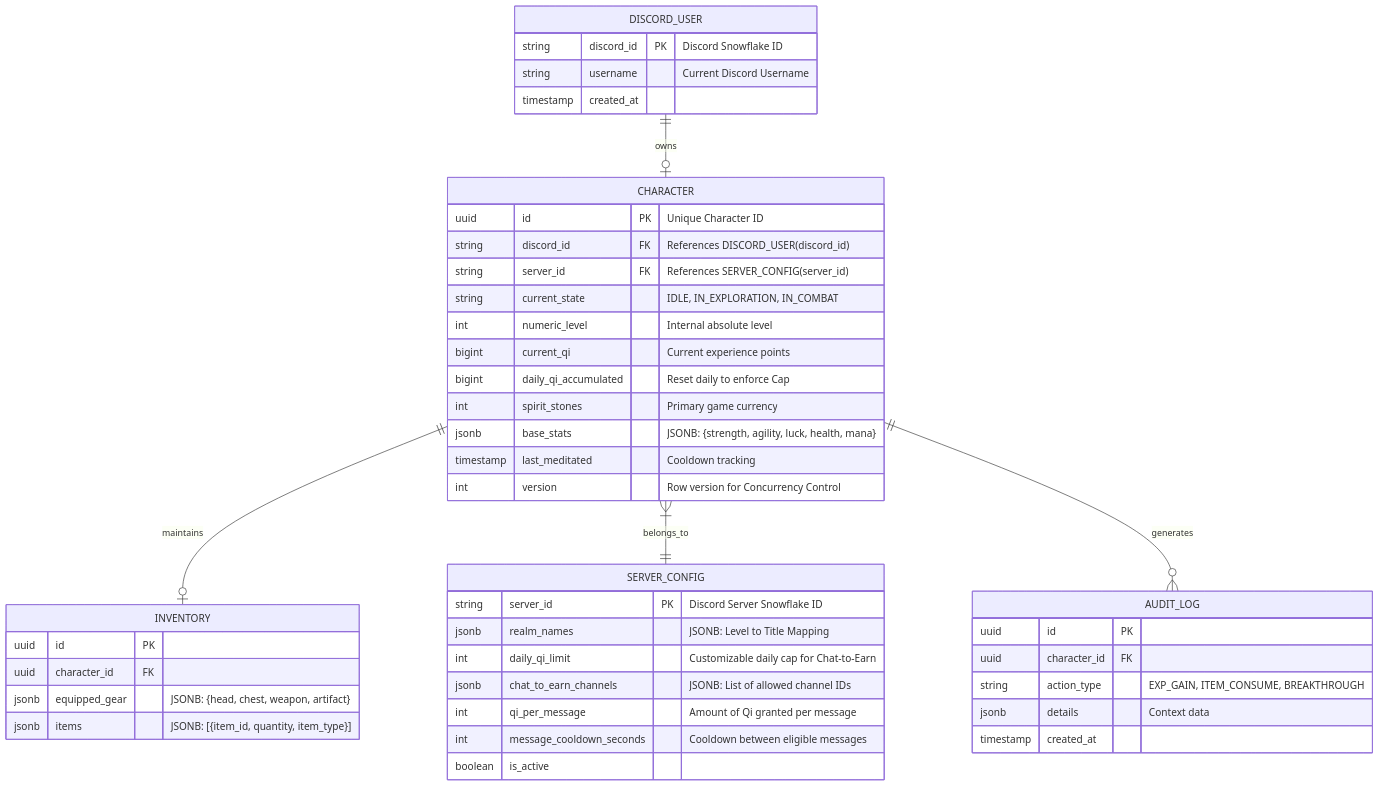
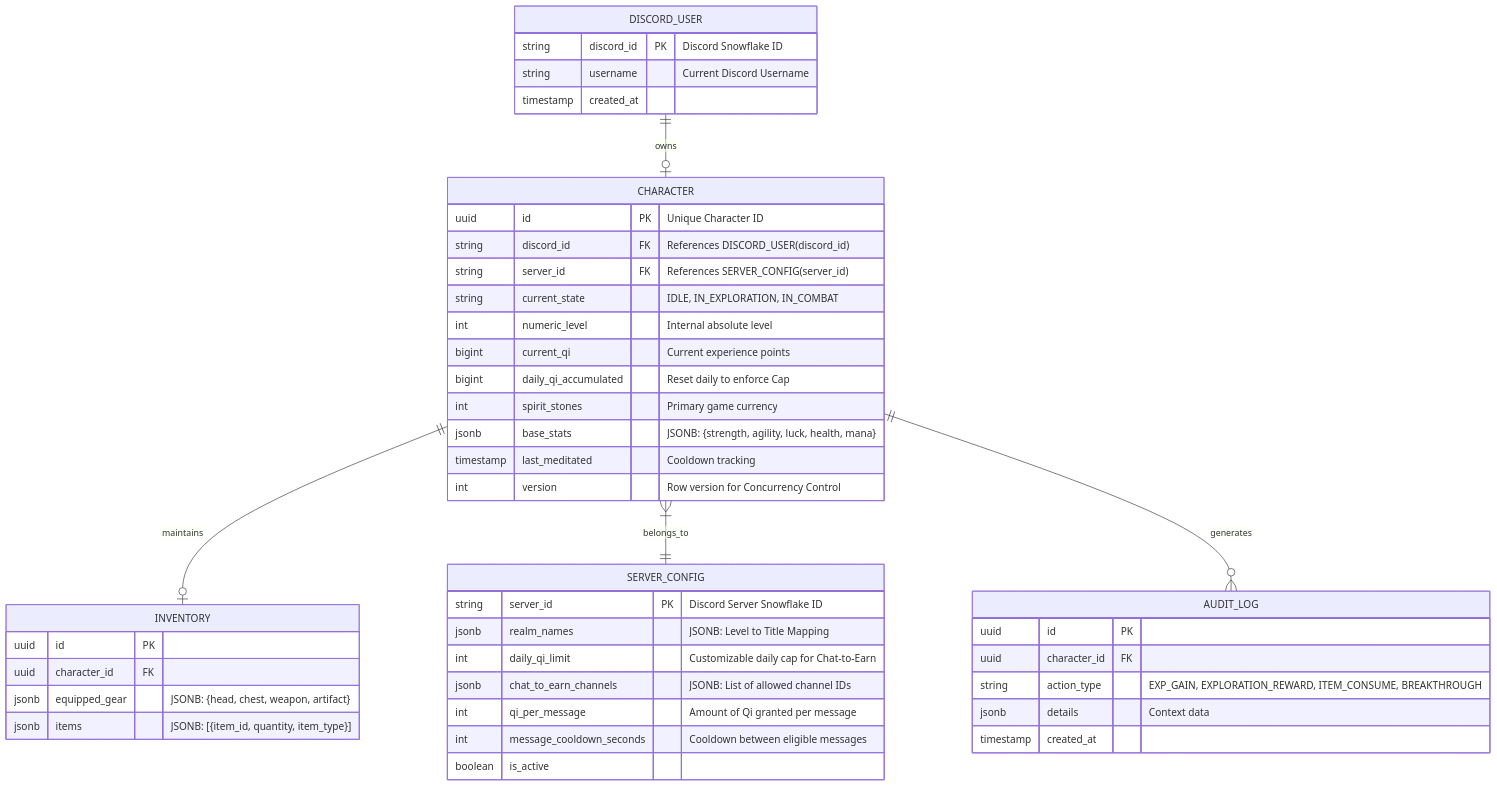
One commit to haidinhtran/thienkhu changed the diagram in docs/database_schema.md. Above: the diagram before and after it, drawn with Mermaid. The commit also changed 18 other files, not shown here.

Commit message:
feat: implement exploration system with API controllers, service logic, Discord interaction handling, and database schema definition

````diff
--- a/docs/database_schema.md
+++ b/docs/database_schema.md
@@ -7,52 +7,52 @@
 ```mermaid
 erDiagram
     DISCORD_USER ||--o| CHARACTER : owns
     CHARACTER ||--o| INVENTORY : maintains
     CHARACTER }|--|| SERVER_CONFIG : belongs_to
     CHARACTER ||--o{ AUDIT_LOG : generates
 
     DISCORD_USER {
         string discord_id PK "Discord Snowflake ID"
         string username "Current Discord Username"
         timestamp created_at
     }
 
     CHARACTER {
         uuid id PK "Unique Character ID"
         string discord_id FK "References DISCORD_USER(discord_id)"
         string server_id FK "References SERVER_CONFIG(server_id)"
         string current_state "IDLE, IN_EXPLORATION, IN_COMBAT"
         int numeric_level "Internal absolute level"
         bigint current_qi "Current experience points"
         bigint daily_qi_accumulated "Reset daily to enforce Cap"
         int spirit_stones "Primary game currency"
         jsonb base_stats "JSONB: {strength, agility, luck, health, mana}"
         timestamp last_meditated "Cooldown tracking"
         int version "Row version for Concurrency Control"
     }
 
     INVENTORY {
         uuid id PK
         uuid character_id FK
         jsonb equipped_gear "JSONB: {head, chest, weapon, artifact}"
         jsonb items "JSONB: [{item_id, quantity, item_type}]"
     }
 
     SERVER_CONFIG {
         string server_id PK "Discord Server Snowflake ID"
         jsonb realm_names "JSONB: Level to Title Mapping"
         int daily_qi_limit "Customizable daily cap for Chat-to-Earn"
         jsonb chat_to_earn_channels "JSONB: List of allowed channel IDs"
         int qi_per_message "Amount of Qi granted per message"
         int message_cooldown_seconds "Cooldown between eligible messages"
         boolean is_active
     }
 
     AUDIT_LOG {
         uuid id PK
         uuid character_id FK
-        string action_type "EXP_GAIN, ITEM_CONSUME, BREAKTHROUGH"
+        string action_type "EXP_GAIN, EXPLORATION_REWARD, ITEM_CONSUME, BREAKTHROUGH"
         jsonb details "Context data"
         timestamp created_at
     }
 ```
````
